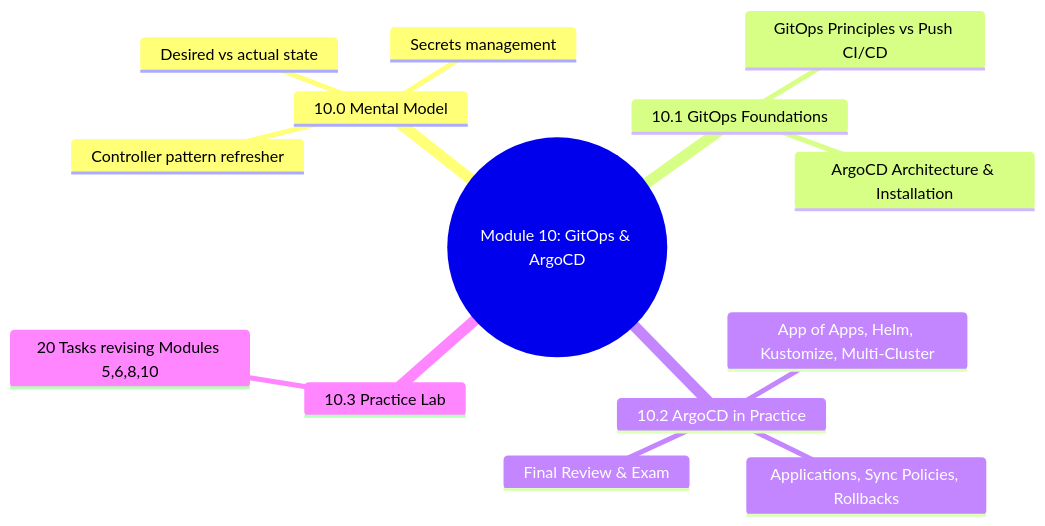
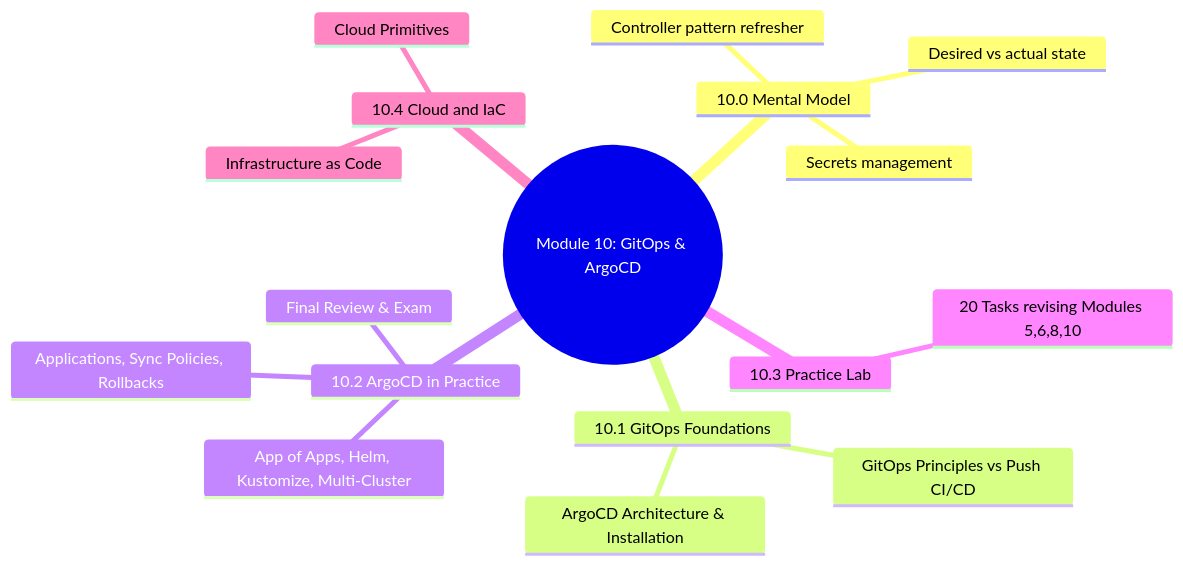
Before and after one commit to VidhyadharanSS/PlatformEngineeringNotes: the first of 3 diagrams in 10-GitOps-ArgoCD/Module_10_Approach_Guide.md, drawn with Mermaid. The commit also changed other lines of this file and 120 other files, not shown here.

````diff
--- a/10-GitOps-ArgoCD/Module_10_Approach_Guide.md
+++ b/10-GitOps-ArgoCD/Module_10_Approach_Guide.md
@@ -5,17 +5,20 @@
 ```mermaid
 mindmap
   root((Module 10: GitOps & ArgoCD))
     10.0 Mental Model
       Controller pattern refresher
       Desired vs actual state
       Secrets management
     10.1 GitOps Foundations
       GitOps Principles vs Push CI/CD
       ArgoCD Architecture & Installation
     10.2 ArgoCD in Practice
       Applications, Sync Policies, Rollbacks
       App of Apps, Helm, Kustomize, Multi-Cluster
       Final Review & Exam
     10.3 Practice Lab
       20 Tasks revising Modules 5,6,8,10
+    10.4 Cloud and IaC
+      Cloud Primitives
+      Infrastructure as Code
 ```
````
